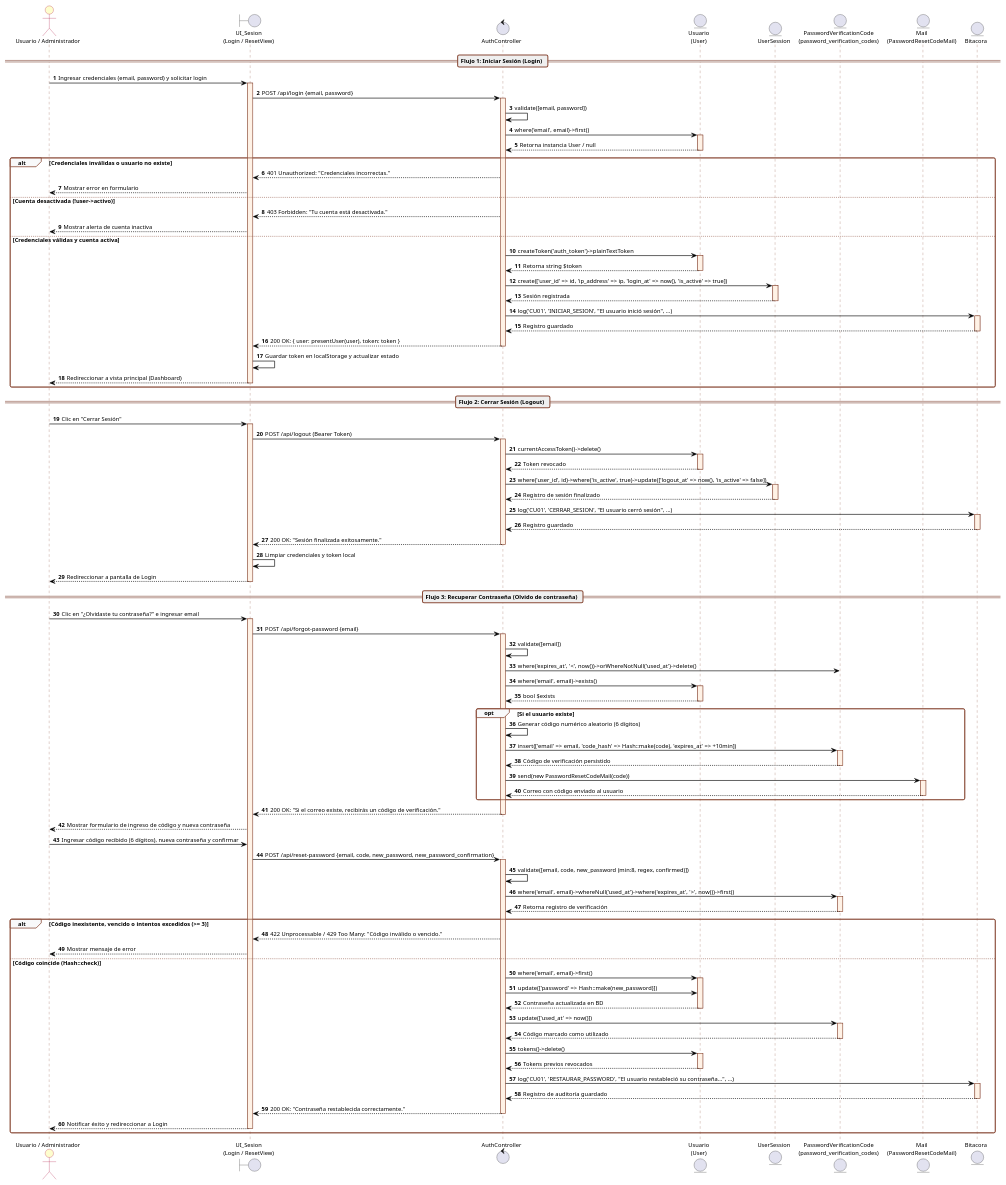
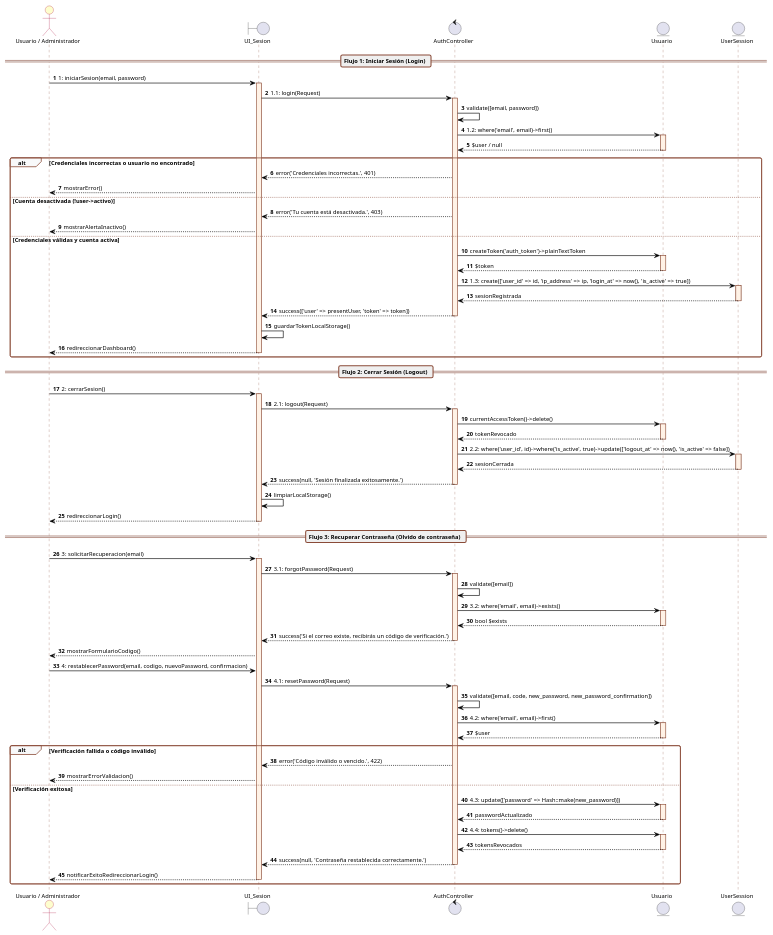
The diagram in diagramas/secuencia/diagramas_secuencia_todos_cu.puml (DiogoMars777/TELCOM), drawn with PlantUML before and after one commit. The commit also changed other lines of this file and 1 other file, not shown here.

Commit message:
docs(diagramas): depurar diagrama de secuencia CU01 usando unicamente entidades canonicas Usuario y UserSession

```diff
--- a/diagramas/secuencia/diagramas_secuencia_todos_cu.puml
+++ b/diagramas/secuencia/diagramas_secuencia_todos_cu.puml
@@ -11,186 +13,149 @@
 @startuml cu01_secuencia_iniciar_cerrar_sesion
 autonumber
 skinparam backgroundColor white
 skinparam defaultFontName "Segoe UI"
 skinparam defaultFontSize 11
 skinparam sequenceArrowThickness 1.2
 skinparam roundcorner 6
 
 skinparam sequence {
     ArrowColor black
     ActorBorderColor #A80036
     ActorBackgroundColor #FEFECE
     LifeLineBorderColor #8A4B38
     LifeLineBackgroundColor #FFF2E6
     ParticipantBorderColor #8A4B38
     ParticipantBackgroundColor #FFF2E6
     BoxBorderColor #A80036
     BoxBackgroundColor #FAFAFA
     GroupBackgroundColor #F8F9FA
     GroupBorderColor #8A4B38
     DividerBackgroundColor #EFEFEF
     DividerBorderColor #8A4B38
 }
 
-actor "Usuario / Administrador" as UserActor
-boundary "UI_Sesion\n(Login / ResetView)" as UI
-control "AuthController" as Auth
-entity "Usuario\n(User)" as UserEntity
-entity "UserSession" as SessionEntity
-entity "PasswordVerificationCode\n(password_verification_codes)" as CodeEntity
-entity "Mail\n(PasswordResetCodeMail)" as MailService
-entity "Bitacora" as AuditEntity
+actor "Usuario / Administrador" as UsuarioActor
+boundary UI_Sesion
+control AuthController
+entity Usuario
+entity UserSession
 
 == Flujo 1: Iniciar Sesión (Login) ==
 
-UserActor -> UI: Ingresar credenciales (email, password) y solicitar login
-activate UI
+UsuarioActor -> UI_Sesion: 1: iniciarSesion(email, password)
+activate UI_Sesion
 
-UI -> Auth: POST /api/login {email, password}
-activate Auth
+UI_Sesion -> AuthController: 1.1: login(Request)
+activate AuthController
 
-Auth -> Auth: validate([email, password])
+AuthController -> AuthController: validate([email, password])
 
-Auth -> UserEntity: where('email', email)->first()
-activate UserEntity
-UserEntity --> Auth: Retorna instancia User / null
-deactivate UserEntity
+AuthController -> Usuario: 1.2: where('email', email)->first()
+activate Usuario
+Usuario --> AuthController: $user / null
+deactivate Usuario
 
-alt Credenciales inválidas o usuario no existe
-    Auth --> UI: 401 Unauthorized: "Credenciales incorrectas."
-    UI --> UserActor: Mostrar error en formulario
+alt Credenciales incorrectas o usuario no encontrado
+    AuthController --> UI_Sesion: error('Credenciales incorrectas.', 401)
+    UI_Sesion --> UsuarioActor: mostrarError()
 else Cuenta desactivada (!user->activo)
-    Auth --> UI: 403 Forbidden: "Tu cuenta está desactivada."
-    UI --> UserActor: Mostrar alerta de cuenta inactiva
+    AuthController --> UI_Sesion: error('Tu cuenta está desactivada.', 403)
+    UI_Sesion --> UsuarioActor: mostrarAlertaInactivo()
 else Credenciales válidas y cuenta activa
-    Auth -> UserEntity: createToken('auth_token')->plainTextToken
-    activate UserEntity
-    UserEntity --> Auth: Retorna string $token
-    deactivate UserEntity
+    AuthController -> Usuario: createToken('auth_token')->plainTextToken
+    activate Usuario
+    Usuario --> AuthController: $token
+    deactivate Usuario
 
-    Auth -> SessionEntity: create(['user_id' => id, 'ip_address' => ip, 'login_at' => now(), 'is_active' => true])
-    activate SessionEntity
-    SessionEntity --> Auth: Sesión registrada
-    deactivate SessionEntity
+    AuthController -> UserSession: 1.3: create(['user_id' => id, 'ip_address' => ip, 'login_at' => now(), 'is_active' => true])
+    activate UserSession
+    UserSession --> AuthController: sesionRegistrada
+    deactivate UserSession
 
-    Auth -> AuditEntity: log('CU01', 'INICIAR_SESION', "El usuario inició sesión", ...)
-    activate AuditEntity
-    AuditEntity --> Auth: Registro guardado
-    deactivate AuditEntity
+    AuthController --> UI_Sesion: success(['user' => presentUser, 'token' => token])
+    deactivate AuthController
 
-    Auth --> UI: 200 OK: { user: presentUser(user), token: token }
-    deactivate Auth
-
-    UI -> UI: Guardar token en localStorage y actualizar estado
-    UI --> UserActor: Redireccionar a vista principal (Dashboard)
-    deactivate UI
+    UI_Sesion -> UI_Sesion: guardarTokenLocalStorage()
+    UI_Sesion --> UsuarioActor: redireccionarDashboard()
+    deactivate UI_Sesion
 end
 
 == Flujo 2: Cerrar Sesión (Logout) ==
 
-UserActor -> UI: Clic en "Cerrar Sesión"
-activate UI
+UsuarioActor -> UI_Sesion: 2: cerrarSesion()
+activate UI_Sesion
 
-UI -> Auth: POST /api/logout (Bearer Token)
-activate Auth
+UI_Sesion -> AuthController: 2.1: logout(Request)
+activate AuthController
 
-Auth -> UserEntity: currentAccessToken()->delete()
-activate UserEntity
-UserEntity --> Auth: Token revocado
-deactivate UserEntity
+AuthController -> Usuario: currentAccessToken()->delete()
+activate Usuario
+Usuario --> AuthController: tokenRevocado
+deactivate Usuario
 
-Auth -> SessionEntity: where('user_id', id)->where('is_active', true)->update(['logout_at' => now(), 'is_active' => false])
-activate SessionEntity
-SessionEntity --> Auth: Registro de sesión finalizado
-deactivate SessionEntity
+AuthController -> UserSession: 2.2: where('user_id', id)->where('is_active', true)->update(['logout_at' => now(), 'is_active' => false])
+activate UserSession
+UserSession --> AuthController: sesionCerrada
+deactivate UserSession
 
-Auth -> AuditEntity: log('CU01', 'CERRAR_SESION', "El usuario cerró sesión", ...)
-activate AuditEntity
-AuditEntity --> Auth: Registro guardado
-deactivate AuditEntity
+AuthController --> UI_Sesion: success(null, 'Sesión finalizada exitosamente.')
+deactivate AuthController
 
-Auth --> UI: 200 OK: "Sesión finalizada exitosamente."
-deactivate Auth
-
-UI -> UI: Limpiar credenciales y token local
-UI --> UserActor: Redireccionar a pantalla de Login
-deactivate UI
+UI_Sesion -> UI_Sesion: limpiarLocalStorage()
+UI_Sesion --> UsuarioActor: redireccionarLogin()
+deactivate UI_Sesion
 
 == Flujo 3: Recuperar Contraseña (Olvido de contraseña) ==
 
-UserActor -> UI: Clic en "¿Olvidaste tu contraseña?" e ingresar email
-activate UI
+UsuarioActor -> UI_Sesion: 3: solicitarRecuperacion(email)
+activate UI_Sesion
 
-UI -> Auth: POST /api/forgot-password {email}
-activate Auth
+UI_Sesion -> AuthController: 3.1: forgotPassword(Request)
+activate AuthController
 
-Auth -> Auth: validate([email])
-Auth -> CodeEntity: where('expires_at', '<', now())->orWhereNotNull('used_at')->delete()
+AuthController -> AuthController: validate([email])
 
-Auth -> UserEntity: where('email', email)->exists()
-activate UserEntity
-UserEntity --> Auth: bool $exists
-deactivate UserEntity
+AuthController -> Usuario: 3.2: where('email', email)->exists()
+activate Usuario
+Usuario --> AuthController: bool $exists
+deactivate Usuario
 
-opt Si el usuario existe
-    Auth -> Auth: Generar código numérico aleatorio (6 dígitos)
-    Auth -> CodeEntity: insert(['email' => email, 'code_hash' => Hash::make(code), 'expires_at' => +10min])
-    activate CodeEntity
-    CodeEntity --> Auth: Código de verificación persistido
-    deactivate CodeEntity
+AuthController --> UI_Sesion: success('Si el correo existe, recibirás un código de verificación.')
+deactivate AuthController
 
-    Auth -> MailService: send(new PasswordResetCodeMail(code))
-    activate MailService
-    MailService --> Auth: Correo con código enviado al usuario
-    deactivate MailService
-end
+UI_Sesion --> UsuarioActor: mostrarFormularioCodigo()
 
-Auth --> UI: 200 OK: "Si el correo existe, recibirás un código de verificación."
-deactivate Auth
+UsuarioActor -> UI_Sesion: 4: restablecerPassword(email, codigo, nuevoPassword, confirmacion)
 
-UI --> UserActor: Mostrar formulario de ingreso de código y nueva contraseña
+UI_Sesion -> AuthController: 4.1: resetPassword(Request)
+activate AuthController
 
-UserActor -> UI: Ingresar código recibido (6 dígitos), nueva contraseña y confirmar
-UI -> Auth: POST /api/reset-password {email, code, new_password, new_password_confirmation}
-activate Auth
+AuthController -> AuthController: validate([email, code, new_password, new_password_confirmation])
 
-Auth -> Auth: validate([email, code, new_password (min:8, regex, confirmed)])
+AuthController -> Usuario: 4.2: where('email', email)->first()
+activate Usuario
+Usuario --> AuthController: $user
+deactivate Usuario
 
-Auth -> CodeEntity: where('email', email)->whereNull('used_at')->where('expires_at', '>', now())->first()
-activate CodeEntity
-CodeEntity --> Auth: Retorna registro de verificación
-deactivate CodeEntity
+alt Verificación fallida o código inválido
+    AuthController --> UI_Sesion: error('Código inválido o vencido.', 422)
+    UI_Sesion --> UsuarioActor: mostrarErrorValidacion()
+else Verificación exitosa
+    AuthController -> Usuario: 4.3: update(['password' => Hash::make(new_password)])
+    activate Usuario
+    Usuario --> AuthController: passwordActualizado
+    deactivate Usuario
 
-alt Código inexistente, vencido o intentos excedidos (>= 3)
-    Auth --> UI: 422 Unprocessable / 429 Too Many: "Código inválido o vencido."
-    UI --> UserActor: Mostrar mensaje de error
-else Código coincide (Hash::check)
-    Auth -> UserEntity: where('email', email)->first()
-    activate UserEntity
-    Auth -> UserEntity: update(['password' => Hash::make(new_password)])
-    UserEntity --> Auth: Contraseña actualizada en BD
-    deactivate UserEntity
+    AuthController -> Usuario: 4.4: tokens()->delete()
+    activate Usuario
+    Usuario --> AuthController: tokensRevocados
+    deactivate Usuario
 
-    Auth -> CodeEntity: update(['used_at' => now()])
-    activate CodeEntity
-    CodeEntity --> Auth: Código marcado como utilizado
-    deactivate CodeEntity
+    AuthController --> UI_Sesion: success(null, 'Contraseña restablecida correctamente.')
+    deactivate AuthController
 
-    Auth -> UserEntity: tokens()->delete()
-    activate UserEntity
-    UserEntity --> Auth: Tokens previos revocados
-    deactivate UserEntity
-
-    Auth -> AuditEntity: log('CU01', 'RESTAURAR_PASSWORD', "El usuario restableció su contraseña...", ...)
-    activate AuditEntity
-    AuditEntity --> Auth: Registro de auditoría guardado
-    deactivate AuditEntity
-
-    Auth --> UI: 200 OK: "Contraseña restablecida correctamente."
-    deactivate Auth
-
-    UI --> UserActor: Notificar éxito y redireccionar a Login
-    deactivate UI
+    UI_Sesion --> UsuarioActor: notificarExitoRedireccionarLogin()
+    deactivate UI_Sesion
 end
 
 @enduml
```
